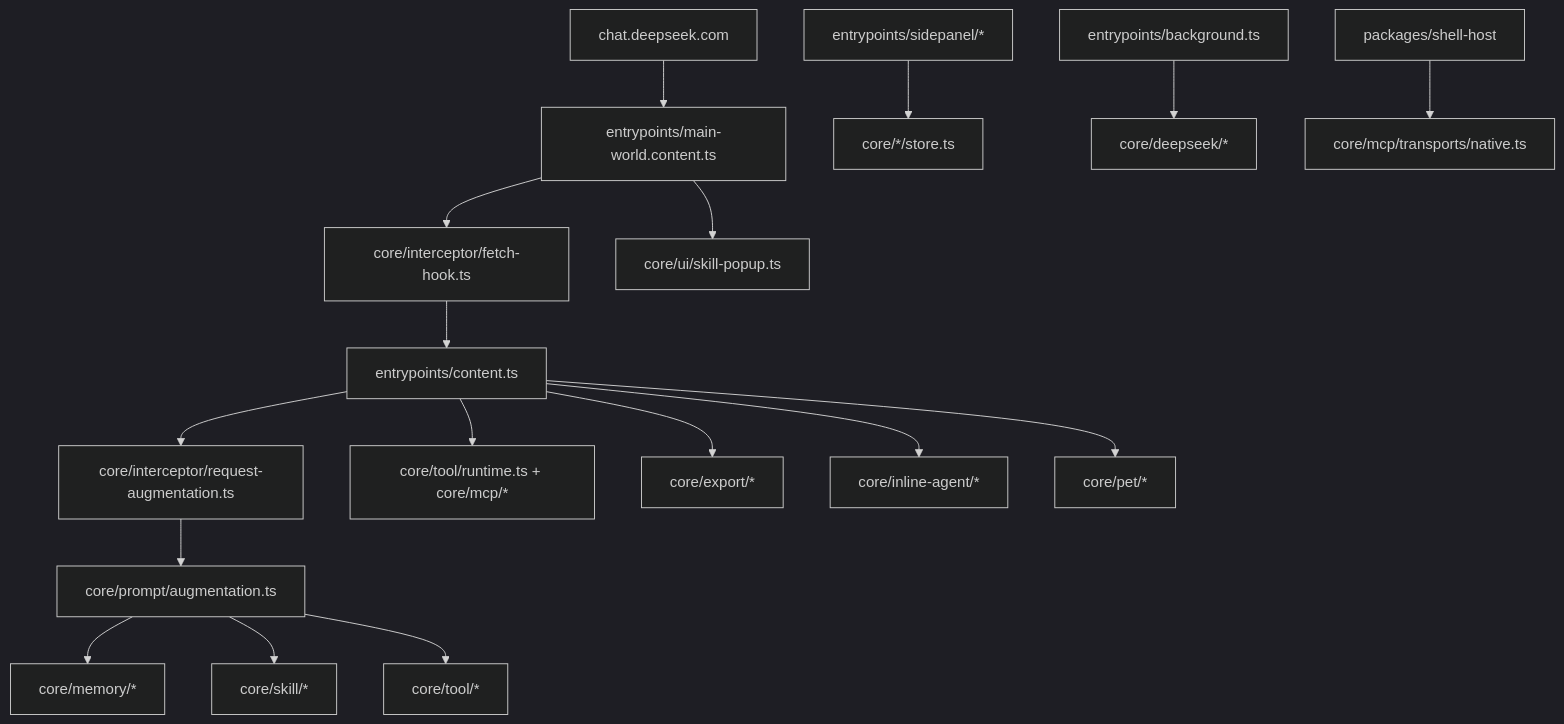
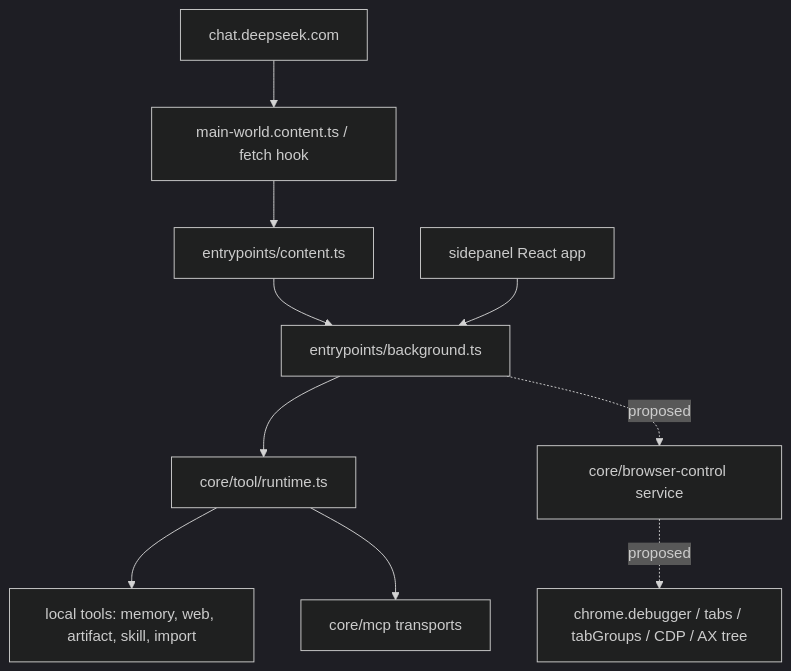
One commit to iiSwxft/DS-ide-to-web changed the diagram in docs/analysis/project-overview.md. Above: the diagram before and after it, drawn with Mermaid (dark theme). The commit also changed other lines of this file and 47 other files, not shown here.

````diff
--- a/docs/analysis/project-overview.md
+++ b/docs/analysis/project-overview.md
@@ -11,19 +11,12 @@
 ```mermaid
 graph TD
-    DeepSeek["chat.deepseek.com"] --> MainWorld["entrypoints/main-world.content.ts"]
-    MainWorld --> FetchHook["core/interceptor/fetch-hook.ts"]
-    MainWorld --> SkillPopup["core/ui/skill-popup.ts"]
-    FetchHook --> Content["entrypoints/content.ts"]
-    Content --> Augment["core/interceptor/request-augmentation.ts"]
-    Augment --> Prompt["core/prompt/augmentation.ts"]
-    Prompt --> Memory["core/memory/*"]
-    Prompt --> Skill["core/skill/*"]
-    Prompt --> Tools["core/tool/*"]
-    Content --> ToolRuntime["core/tool/runtime.ts + core/mcp/*"]
-    Content --> Export["core/export/*"]
-    Content --> InlineAgent["core/inline-agent/*"]
-    Content --> Pet["core/pet/*"]
-    Sidepanel["entrypoints/sidepanel/*"] --> Stores["core/*/store.ts"]
-    Background["entrypoints/background.ts"] --> DeepSeekApi["core/deepseek/*"]
-    ShellHost["packages/shell-host"] --> MCP["core/mcp/transports/native.ts"]
+    DS["chat.deepseek.com"] --> MW["main-world.content.ts / fetch hook"]
+    MW --> CS["entrypoints/content.ts"]
+    CS --> BG["entrypoints/background.ts"]
+    SP["sidepanel React app"] --> BG
+    BG --> RT["core/tool/runtime.ts"]
+    RT --> Local["local tools: memory, web, artifact, skill, import"]
+    RT --> MCP["core/mcp transports"]
+    BG -. proposed .-> BC["core/browser-control service"]
+    BC -. proposed .-> Chrome["chrome.debugger / tabs / tabGroups / CDP / AX tree"]
 ```
````
